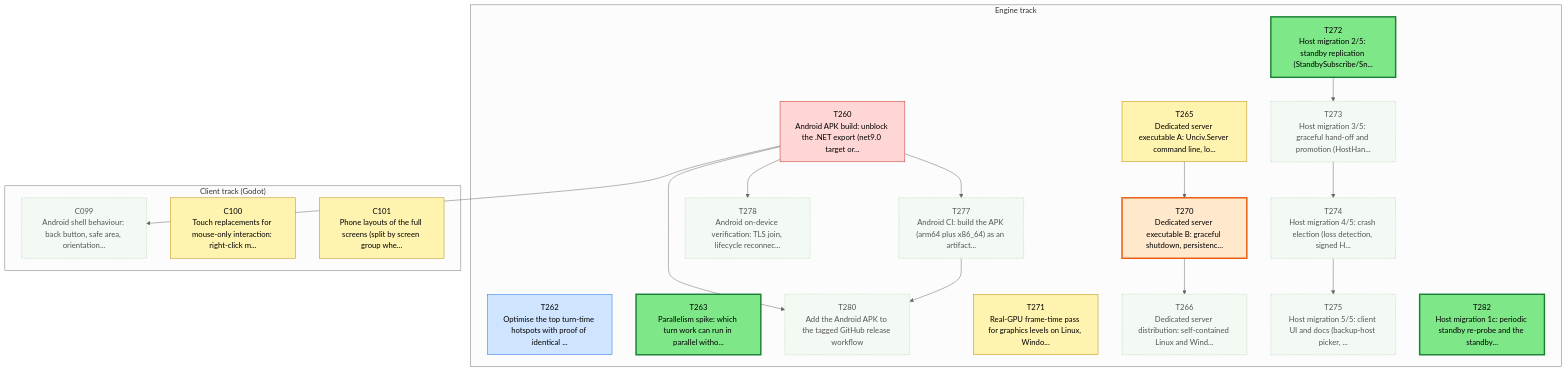
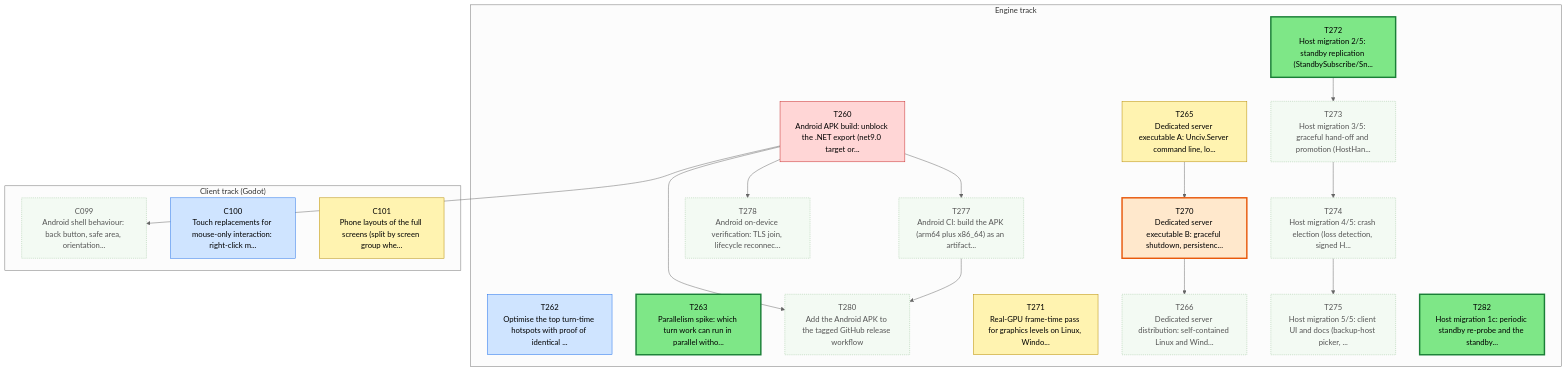
Before and after one commit to Kenmura/Unciv: the first of 3 diagrams in csharp/migration/DEPENDENCY_MAP.md, drawn with Mermaid (neutral theme). The commit also changed other lines of this file and 1 other file, not shown here.

Commit message:
migration: implement C100 [Claude-C100]

````diff
--- a/csharp/migration/DEPENDENCY_MAP.md
+++ b/csharp/migration/DEPENDENCY_MAP.md
@@ -35,60 +35,60 @@
 ```mermaid
 flowchart TD
   subgraph TTRACK["Engine track"]
     T260["T260<br/>Android APK build: unblock the .NET export (net9.0 target or..."]
     T262["T262<br/>Optimise the top turn-time hotspots with proof of identical ..."]
     T263["T263<br/>Parallelism spike: which turn work can run in parallel witho..."]
     T265["T265<br/>Dedicated server executable A: Unciv.Server command line, lo..."]
     T266["T266<br/>Dedicated server distribution: self-contained Linux and Wind..."]
     T270["T270<br/>Dedicated server executable B: graceful shutdown, persistenc..."]
     T271["T271<br/>Real-GPU frame-time pass for graphics levels on Linux, Windo..."]
     T272["T272<br/>Host migration 2/5: standby replication (StandbySubscribe/Sn..."]
     T273["T273<br/>Host migration 3/5: graceful hand-off and promotion (HostHan..."]
     T274["T274<br/>Host migration 4/5: crash election (loss detection, signed H..."]
     T275["T275<br/>Host migration 5/5: client UI and docs (backup-host picker, ..."]
     T277["T277<br/>Android CI: build the APK (arm64 plus x86_64) as an artifact..."]
     T278["T278<br/>Android on-device verification: TLS join, lifecycle reconnec..."]
     T280["T280<br/>Add the Android APK to the tagged GitHub release workflow"]
     T282["T282<br/>Host migration 1c: periodic standby re-probe and the standby..."]
   end
   subgraph CTRACK["Client track (Godot)"]
     C099["C099<br/>Android shell behaviour: back button, safe area, orientation..."]
     C100["C100<br/>Touch replacements for mouse-only interaction: right-click m..."]
     C101["C101<br/>Phone layouts of the full screens (split by screen group whe..."]
   end
   T270 --> T266
   T265 --> T270
   T272 --> T273
   T273 --> T274
   T274 --> T275
   T260 --> T277
   T260 --> T278
   T260 --> T280
   T277 --> T280
   T260 --> C099
   classDef waiting fill:#f3faf3,stroke:#9bc49b,color:#555,stroke-dasharray:2 2
   classDef ondeck fill:#ffe8cc,stroke:#e8590c,stroke-width:3px,color:#000
   classDef ready fill:#7ee787,stroke:#1a7f37,stroke-width:3px,color:#000
   classDef prog fill:#fff3b0,stroke:#b58900,color:#000
   classDef review fill:#cfe4ff,stroke:#1f6feb,color:#000
   classDef blocked fill:#ffd6d6,stroke:#c62828,color:#000
   classDef done fill:#eeeeee,stroke:#999999,color:#666,stroke-dasharray:4 3
   class C099 waiting
-  class C100 prog
+  class C100 review
   class C101 prog
   class T260 blocked
   class T262 review
   class T263 ready
   class T265 prog
   class T266 waiting
   class T270 ondeck
   class T271 prog
   class T272 ready
   class T273 waiting
   class T274 waiting
   class T275 waiting
   class T277 waiting
   class T278 waiting
   class T280 waiting
   class T282 ready
 ```
````
